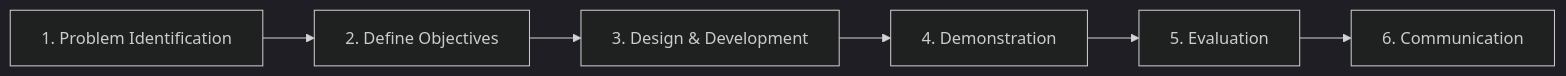
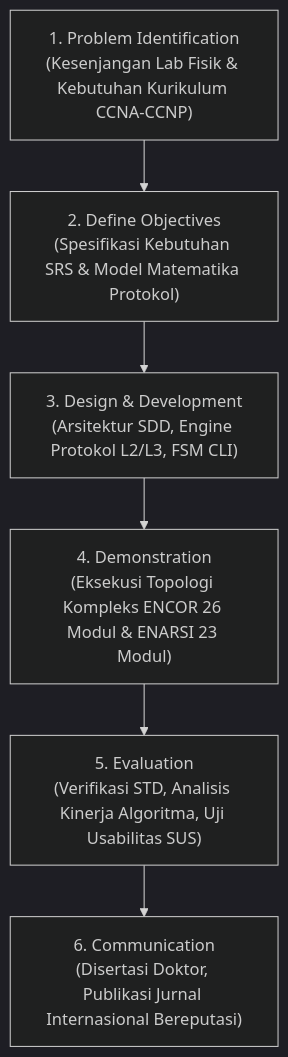
The second of 3 diagrams in docs/01_SDLC_METHODOLOGY_AND_FRAMEWORK.md (abunabiha/ccna-network-simulator), drawn with Mermaid (dark theme) before and after one commit. The commit also changed other lines of this file and 10 other files, not shown here.

Commit message:
docs: upgrade SDLC suite (01-06) and README to CCNP Enterprise v9 (ENCOR 350-401 & ENARSI 300-410)

````diff
--- a/docs/01_SDLC_METHODOLOGY_AND_FRAMEWORK.md
+++ b/docs/01_SDLC_METHODOLOGY_AND_FRAMEWORK.md
@@ -29,8 +74,8 @@
 ```mermaid
-flowchart LR
-    P1[1. Problem Identification] --> P2[2. Define Objectives]
-    P2 --> P3[3. Design & Development]
-    P3 --> P4[4. Demonstration]
-    P4 --> P5[5. Evaluation]
-    P5 --> P6[6. Communication]
+flowchart TD
+    P1["1. Problem Identification<br/>(Kesenjangan Lab Fisik & Kebutuhan Kurikulum CCNA-CCNP)"] --> P2["2. Define Objectives<br/>(Spesifikasi Kebutuhan SRS & Model Matematika Protokol)"]
+    P2 --> P3["3. Design & Development<br/>(Arsitektur SDD, Engine Protokol L2/L3, FSM CLI)"]
+    P3 --> P4["4. Demonstration<br/>(Eksekusi Topologi Kompleks ENCOR 26 Modul & ENARSI 23 Modul)"]
+    P4 --> P5["5. Evaluation<br/>(Verifikasi STD, Analisis Kinerja Algoritma, Uji Usabilitas SUS)"]
+    P5 --> P6["6. Communication<br/>(Disertasi Doktor, Publikasi Jurnal Internasional Bereputasi)"]
 ```
````
